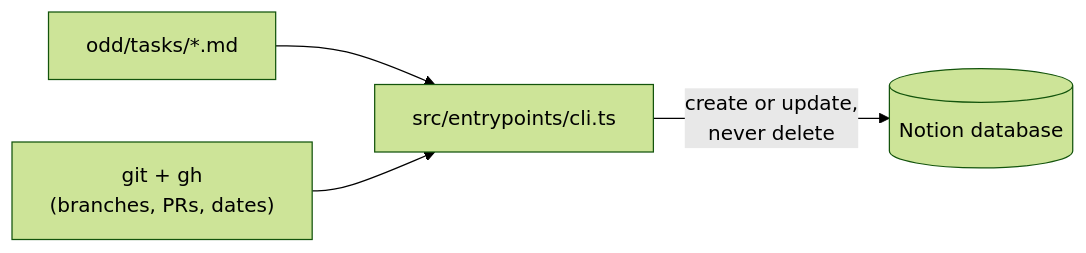
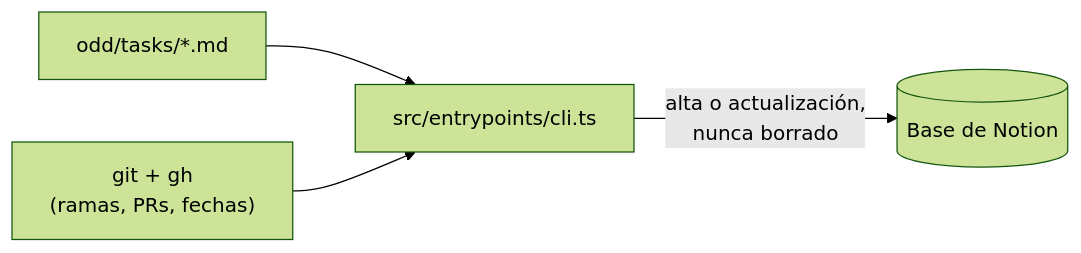
The diagram in README.md (AlexMendizabal/Tablero-Automatico-Notion), drawn with Mermaid (forest theme) before and after one commit. The commit also changed other lines of this file and 4 other files, not shown here.

````diff
--- a/README.md
+++ b/README.md
@@ -41,6 +42,6 @@
 ```mermaid
 flowchart LR
     A["odd/tasks/*.md"] --> C["src/entrypoints/cli.ts"]
-    B["git + gh<br/>(branches, PRs, dates)"] --> C
-    C -->|"create or update,<br/>never delete"| D[("Notion database")]
+    B["git + gh<br/>(ramas, PRs, fechas)"] --> C
+    C -->|"alta o actualización,<br/>nunca borrado"| D[("Base de Notion")]
 ```
````
